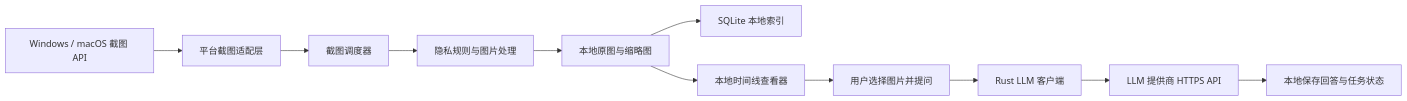
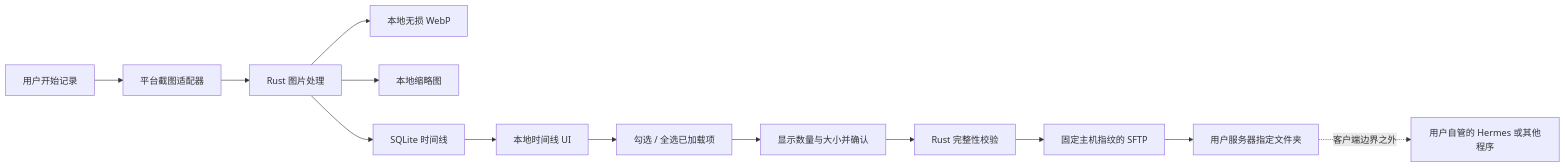
The diagram in electronic-journey-design.md (AlieZVzz/electronic-journey), drawn with Mermaid before and after one commit. The commit also changed other lines of this file and 34 other files, not shown here.

````diff
--- a/electronic-journey-design.md
+++ b/electronic-journey-design.md
@@ -80,13 +53,15 @@
 ```mermaid
 flowchart LR
-    A["Windows / macOS 截图 API"] --> B["平台截图适配层"]
-    B --> C["截图调度器"]
-    C --> D["隐私规则与图片处理"]
-    D --> E["本地原图与缩略图"]
-    E --> F["SQLite 本地索引"]
-    E --> G["本地时间线查看器"]
-    G --> H["用户选择图片并提问"]
-    H --> I["Rust LLM 客户端"]
-    I --> J["LLM 提供商 HTTPS API"]
-    J --> K["本地保存回答与任务状态"]
+    A["用户开始记录"] --> B["平台截图适配器"]
+    B --> C["Rust 图片处理"]
+    C --> D["本地无损 WebP"]
+    C --> E["本地缩略图"]
+    C --> F["SQLite 时间线"]
+    F --> G["本地时间线 UI"]
+    G --> H["勾选 / 全选已加载项"]
+    H --> I["显示数量与大小并确认"]
+    I --> J["Rust 完整性校验"]
+    J --> K["固定主机指纹的 SFTP"]
+    K --> L["用户服务器指定文件夹"]
+    L -. "客户端边界之外" .-> M["用户自管的 Hermes 或其他程序"]
 ```
````
